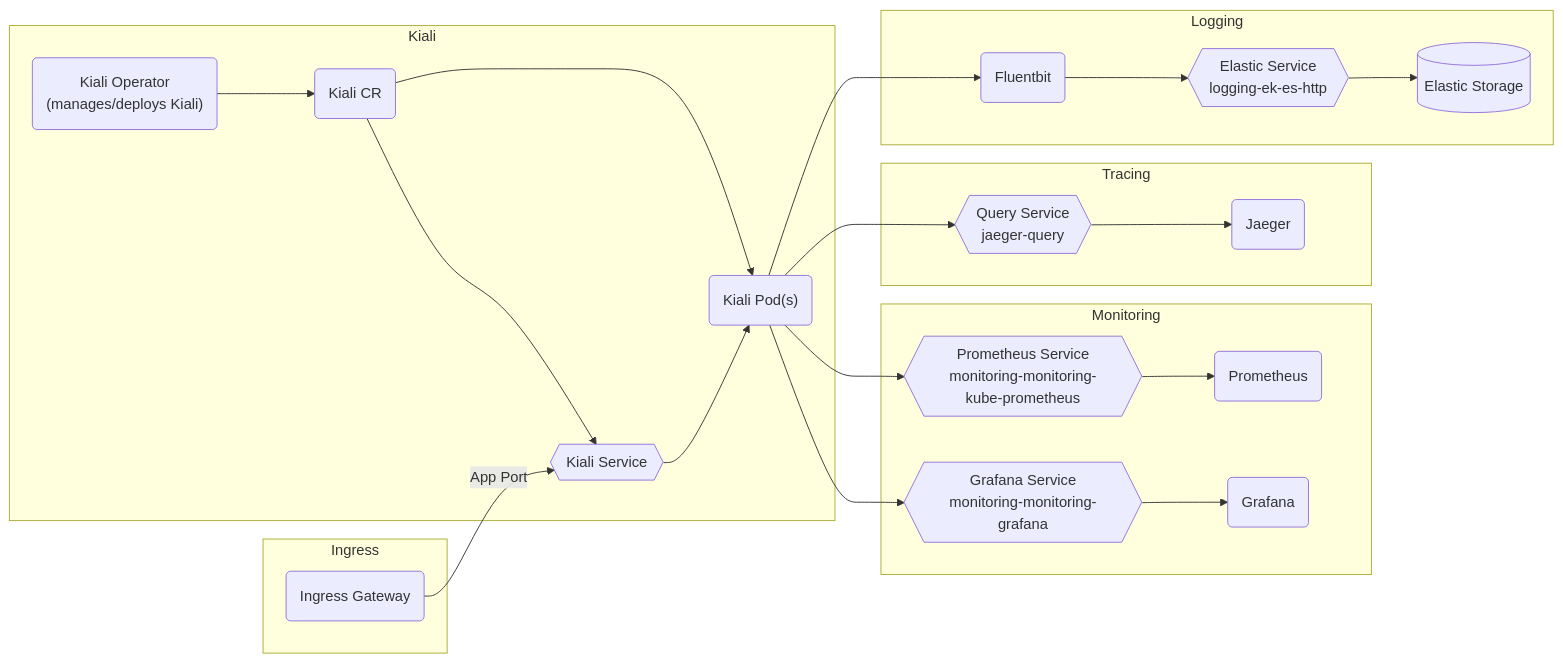
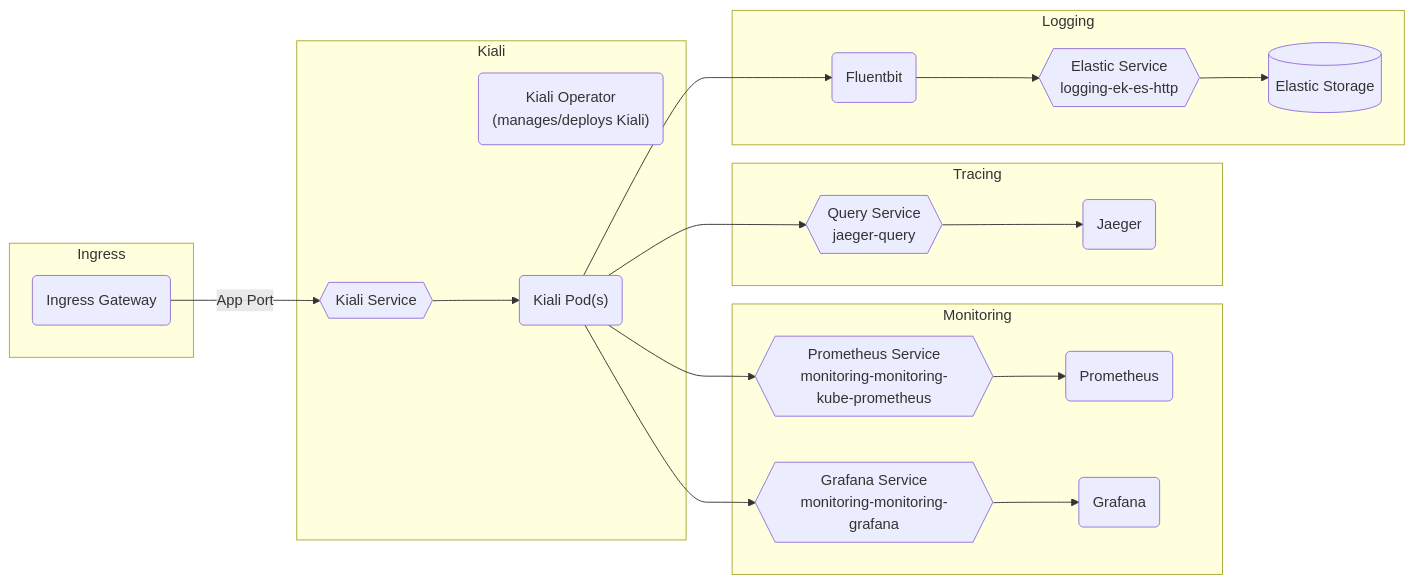
The diagram in charter/packages/kiali/Architecture.md (rjferguson21/big-bang), drawn with Mermaid before and after one commit.

````diff
--- a/charter/packages/kiali/Architecture.md
+++ b/charter/packages/kiali/Architecture.md
@@ -11,27 +11,27 @@
 ```mermaid
 graph LR
   subgraph "Kiali"    
-    Operator("Kiali Operator<br />(manages/deploys Kiali)") --> Kialicr("Kiali CR")
-    Kialicr("Kiali CR") --> Kialipods("Kiali Pod(s)")
-    Kialicr("Kiali CR") --> kialiservice{{Kiali Service}} --> Kialipods("Kiali Pod(s)")
+    Operator("Kiali Operator<br />(manages/deploys Kiali)")
+    Kialipods("Kiali Pod(s)")
+    kialiservice{{Kiali Service}} --> Kialipods("Kiali Pod(s)")
     
   end      
 
   subgraph "Ingress"
     ig(Ingress Gateway) --"App Port"--> kialiservice
   end
 
   subgraph "Monitoring"
     Kialipods("Kiali Pod(s)") --> prometheusservice{{Prometheus Service<br />monitoring-monitoring-kube-prometheus}} --> Prometheus("Prometheus")
     Kialipods("Kiali Pod(s)") --> grafanaservice{{Grafana Service<br />monitoring-monitoring-grafana}} --> Grafana("Grafana")
   end
 
   subgraph "Tracing"
     Kialipods("Kiali Pod(s)") --> queryservice{{Query Service<br />jaeger-query}} --> jaeger(Jaeger)
   end
 
   subgraph "Logging"
     Kialipods("Kiali Pod(s)") --> fluent(Fluentbit) --> logging-ek-es-http
     logging-ek-es-http{{Elastic Service<br />logging-ek-es-http}} --> elastic[(Elastic Storage)]
   end
 ```
````
